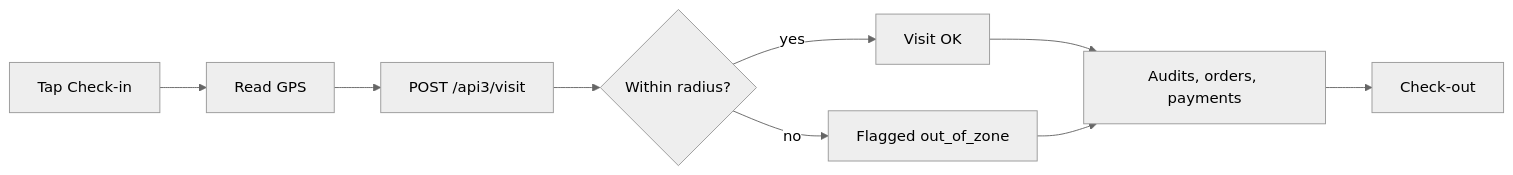
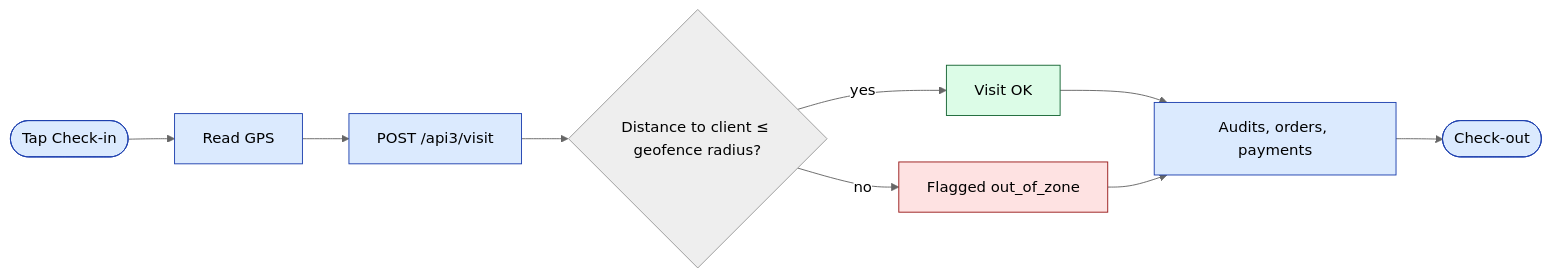
One commit to jamshidtulaganov/sd-doc changed the diagram in docs/modules/agents.md. Above: the diagram before and after it, drawn with Mermaid (neutral theme). The commit also changed other lines of this file and 21 other files, not shown here.

````diff
--- a/docs/modules/agents.md
+++ b/docs/modules/agents.md
@@ -43,11 +79,20 @@
 ```mermaid
 flowchart LR
-  CK[Tap Check-in] --> POS[Read GPS]
-  POS --> POST[POST /api3/visit]
-  POST --> RAD{Within radius?}
-  RAD -->|yes| OK[Visit OK]
-  RAD -->|no| WARN[Flagged out_of_zone]
-  OK --> WORK[Audits, orders, payments]
+  CK(["Tap Check-in"]) --> POS["Read GPS"]
+  POS --> POST["POST /api3/visit"]
+  POST --> RAD{"Distance to client ≤ geofence radius?"}
+  RAD -->|yes| OK["Visit OK"]
+  RAD -->|no| WARN["Flagged out_of_zone"]
+  OK --> WORK["Audits, orders, payments"]
   WARN --> WORK
-  WORK --> CO[Check-out]
+  WORK --> CO(["Check-out"])
+classDef action   fill:#dbeafe,stroke:#1e40af,color:#000
+classDef approval fill:#fef3c7,stroke:#92400e,color:#000
+classDef success  fill:#dcfce7,stroke:#166534,color:#000
+classDef reject   fill:#fee2e2,stroke:#991b1b,color:#000
+classDef external fill:#f3f4f6,stroke:#374151,color:#000
+classDef cron     fill:#ede9fe,stroke:#6d28d9,color:#000
+class CK,POS,POST,WORK,CO action
+class OK success
+class WARN reject
 ```
````
